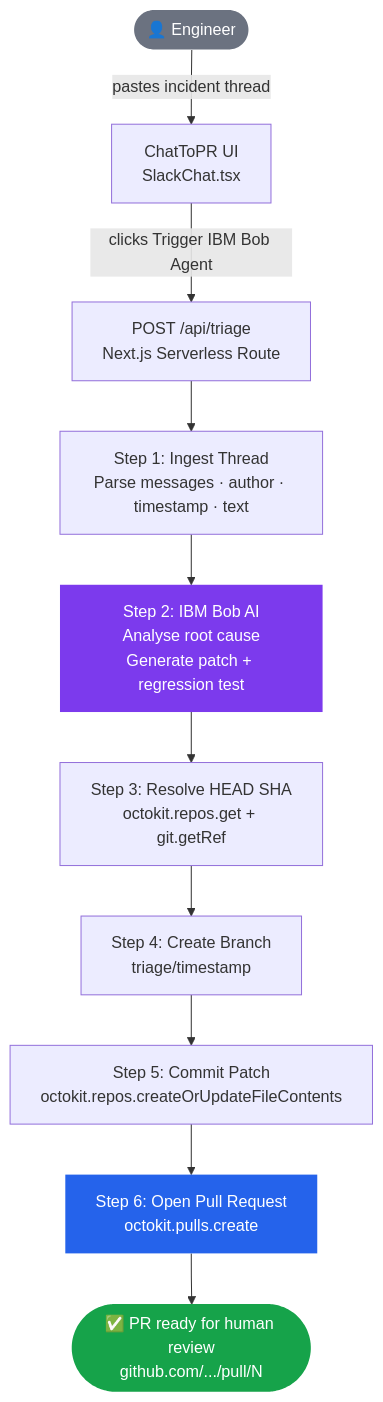
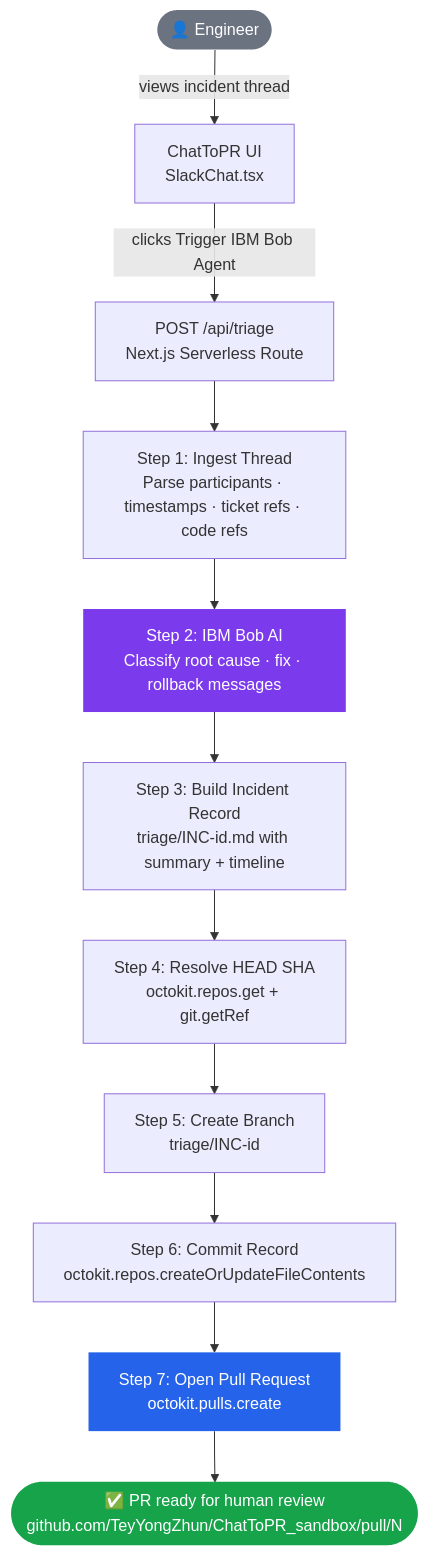
One commit to TeyYongZhun/ChatToPR changed the diagram in README.md. Above: the diagram before and after it, drawn with Mermaid. The commit also changed other lines of this file, not shown here.

Commit message:
docs: add live demo link, update flow steps, and document incident record format

````diff
--- a/README.md
+++ b/README.md
@@ -35,19 +45,20 @@
 ```mermaid
 flowchart TD
-    A([👤 Engineer]) -->|pastes incident thread| B[ChatToPR UI\nSlackChat.tsx]
+    A([👤 Engineer]) -->|views incident thread| B[ChatToPR UI\nSlackChat.tsx]
     B -->|clicks Trigger IBM Bob Agent| C[POST /api/triage\nNext.js Serverless Route]
 
-    C --> D[Step 1: Ingest Thread\nParse messages · author · timestamp · text]
-    D --> E[Step 2: IBM Bob AI\nAnalyse root cause\nGenerate patch + regression test]
-    E --> F[Step 3: Resolve HEAD SHA\noctokit.repos.get + git.getRef]
-    F --> G[Step 4: Create Branch\ntriage/timestamp]
-    G --> H[Step 5: Commit Patch\noctokit.repos.createOrUpdateFileContents]
-    H --> I[Step 6: Open Pull Request\noctokit.pulls.create]
+    C --> D[Step 1: Ingest Thread\nParse participants · timestamps · ticket refs · code refs]
+    D --> E[Step 2: IBM Bob AI\nClassify root cause · fix · rollback messages]
+    E --> F[Step 3: Build Incident Record\ntriage/INC-id.md with summary + timeline]
+    F --> G[Step 4: Resolve HEAD SHA\noctokit.repos.get + git.getRef]
+    G --> H[Step 5: Create Branch\ntriage/INC-id]
+    H --> I[Step 6: Commit Record\noctokit.repos.createOrUpdateFileContents]
+    I --> J[Step 7: Open Pull Request\noctokit.pulls.create]
 
-    I --> J([✅ PR ready for human review\ngithub.com/.../pull/N])
+    J --> K([✅ PR ready for human review\ngithub.com/TeyYongZhun/ChatToPR_sandbox/pull/N])
 
     style A fill:#6b7280,color:#fff,stroke:none
-    style J fill:#16a34a,color:#fff,stroke:none
+    style K fill:#16a34a,color:#fff,stroke:none
     style E fill:#7c3aed,color:#fff,stroke:none
-    style I fill:#2563eb,color:#fff,stroke:none
+    style J fill:#2563eb,color:#fff,stroke:none
 ```
````
